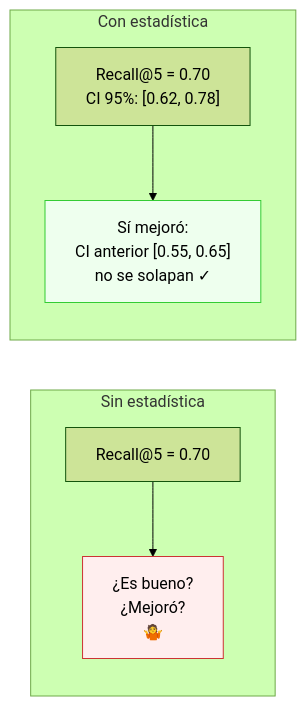
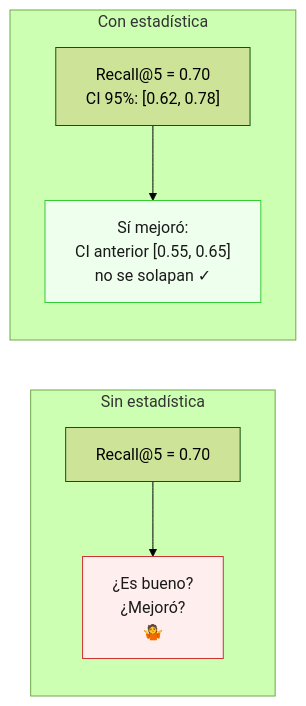
One commit to Alonsomar/estudio-personal changed the first of 7 diagrams in 01-evals/theory/08-estadistica-estocastica.md. Above: the diagram before and after it, drawn with Mermaid (forest theme). The commit also changed other lines of this file and 20 other files, not shown here.

First line of the commit message:
fix(docs): texto oscuro en nodos Mermaid para legibilidad en modo oscuro

````diff
--- a/01-evals/theory/08-estadistica-estocastica.md
+++ b/01-evals/theory/08-estadistica-estocastica.md
@@ -16,13 +16,13 @@
 ```mermaid
 graph LR
     subgraph "Sin estadística"
         A1["Recall@5 = 0.70"] --> D1["¿Es bueno?<br/>¿Mejoró?<br/>🤷"]
     end
     
     subgraph "Con estadística"
         A2["Recall@5 = 0.70<br/>CI 95%: [0.62, 0.78]"] --> D2["Sí mejoró:<br/>CI anterior [0.55, 0.65]<br/>no se solapan ✓"]
     end
     
-    style D1 fill:#fee,stroke:#c33
-    style D2 fill:#efe,stroke:#3c3
+    style D1 fill:#fee,stroke:#c33,color:#1a1a1a
+    style D2 fill:#efe,stroke:#3c3,color:#1a1a1a
 ```
````
